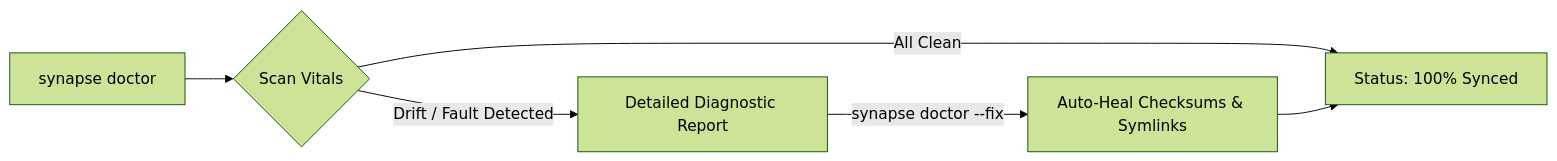
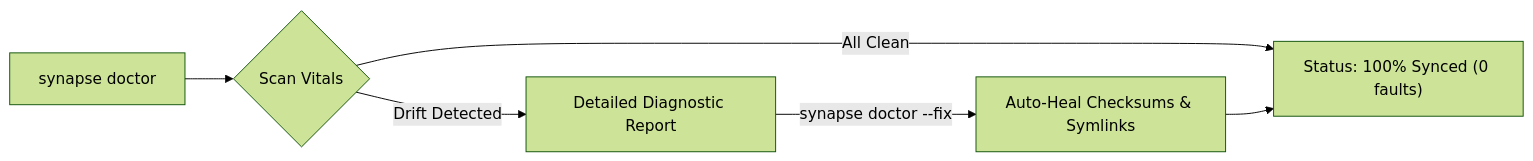
The first of 2 diagrams in README.md (earnerbaymalay/synapse), drawn with Mermaid (forest theme) before and after one commit. The commit also changed other lines of this file and 62 other files, not shown here.

````diff
--- a/README.md
+++ b/README.md
@@ -350,8 +198,8 @@
 ```mermaid
 flowchart LR
     A["synapse doctor"] --> B{"Scan Vitals"}
-    B -->|"All Clean"| C["Status: 100% Synced"]
-    B -->|"Drift / Fault Detected"| D["Detailed Diagnostic Report"]
+    B -->|"All Clean"| C["Status: 100% Synced (0 faults)"]
+    B -->|"Drift Detected"| D["Detailed Diagnostic Report"]
     D -->|"synapse doctor --fix"| E["Auto-Heal Checksums & Symlinks"]
     E --> C
 ```
````
